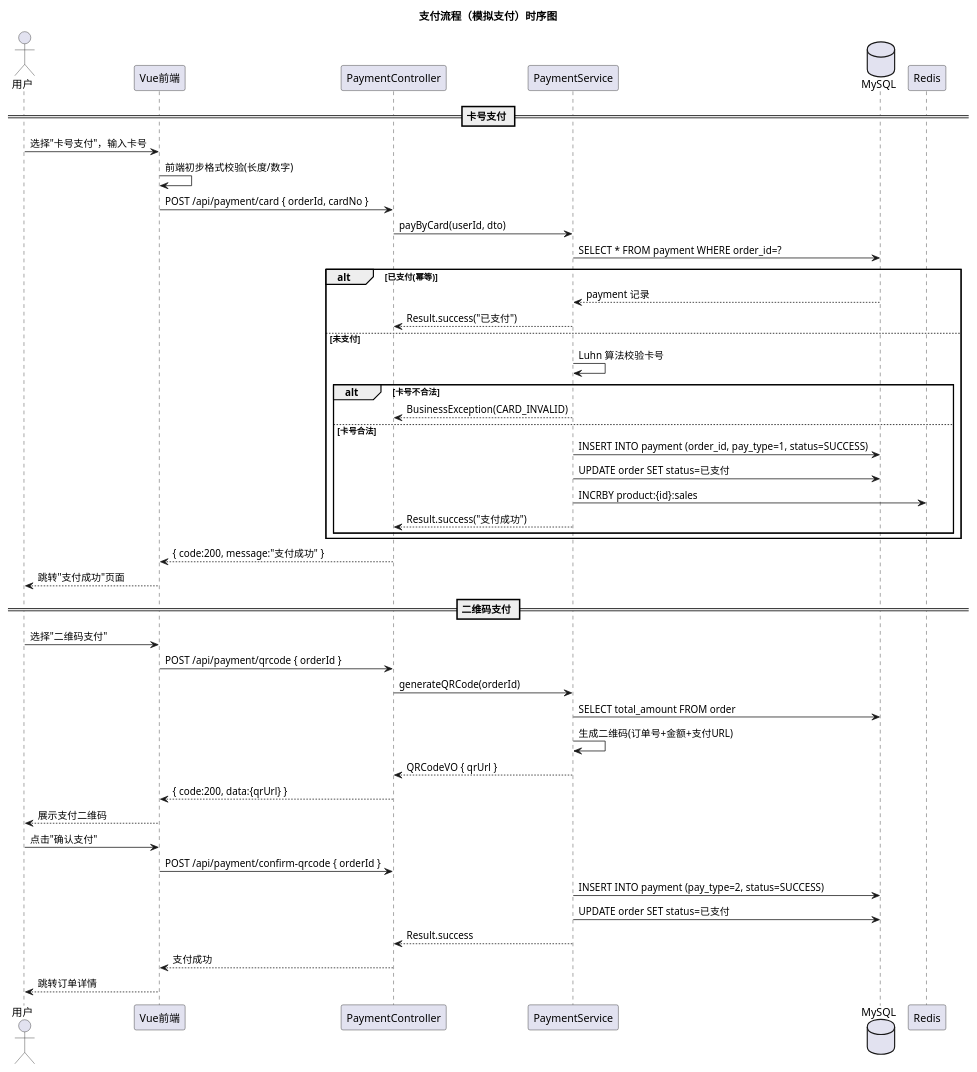
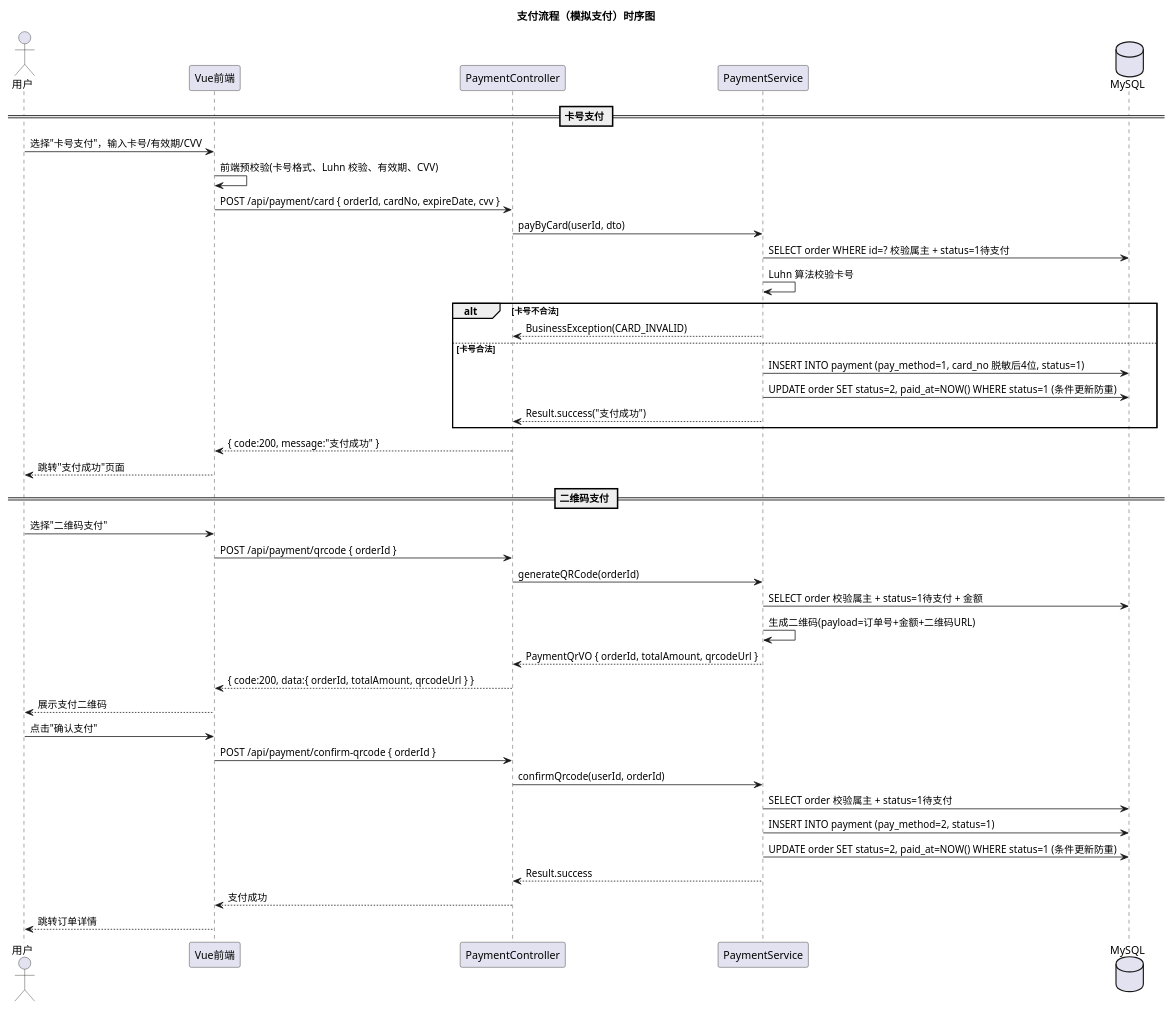
The third of 6 diagrams in uml/uml-sequence.puml (KIM406-CMD/chrono), drawn with PlantUML before and after one commit. The commit also changed other lines of this file and 21 other files, not shown here.

First line of the commit message:
docs: 同步设计文档与 UML 图

```diff
--- a/uml/uml-sequence.puml
+++ b/uml/uml-sequence.puml
@@ -145,56 +138,50 @@
 @startuml 支付流程
 
 title 支付流程（模拟支付）时序图
 
 actor 用户 as User
 participant "Vue前端" as Vue
 participant "PaymentController" as PC
 participant "PaymentService" as PS
 database "MySQL" as DB
-participant "Redis" as Redis
 
 == 卡号支付 ==
-User -> Vue : 选择"卡号支付"，输入卡号
-Vue -> Vue : 前端初步格式校验(长度/数字)
-Vue -> PC : POST /api/payment/card { orderId, cardNo }
+User -> Vue : 选择"卡号支付"，输入卡号/有效期/CVV
+Vue -> Vue : 前端预校验(卡号格式、Luhn 校验、有效期、CVV)
+Vue -> PC : POST /api/payment/card { orderId, cardNo, expireDate, cvv }
 
 PC -> PS : payByCard(userId, dto)
-PS -> DB : SELECT * FROM payment WHERE order_id=?
-alt 已支付(幂等)
-  DB --> PS : payment 记录
-  PS --> PC : Result.success("已支付")
-else 未支付
-  PS -> PS : Luhn 算法校验卡号
-  alt 卡号不合法
-    PS --> PC : BusinessException(CARD_INVALID)
-  else 卡号合法
-    PS -> DB : INSERT INTO payment (order_id, pay_type=1, status=SUCCESS)
-    PS -> DB : UPDATE order SET status=已支付
-    PS -> Redis : INCRBY product:{id}:sales
-    PS --> PC : Result.success("支付成功")
-  end
+PS -> DB : SELECT order WHERE id=? 校验属主 + status=1待支付
+PS -> PS : Luhn 算法校验卡号
+alt 卡号不合法
+  PS --> PC : BusinessException(CARD_INVALID)
+else 卡号合法
+  PS -> DB : INSERT INTO payment (pay_method=1, card_no 脱敏后4位, status=1)
+  PS -> DB : UPDATE order SET status=2, paid_at=NOW() WHERE status=1 (条件更新防重)
+  PS --> PC : Result.success("支付成功")
 end
 
 PC --> Vue : { code:200, message:"支付成功" }
 Vue --> User : 跳转"支付成功"页面
 
 == 二维码支付 ==
 User -> Vue : 选择"二维码支付"
 Vue -> PC : POST /api/payment/qrcode { orderId }
 PC -> PS : generateQRCode(orderId)
-PS -> DB : SELECT total_amount FROM order
-PS -> PS : 生成二维码(订单号+金额+支付URL)
-PS --> PC : QRCodeVO { qrUrl }
-PC --> Vue : { code:200, data:{qrUrl} }
+PS -> DB : SELECT order 校验属主 + status=1待支付 + 金额
+PS -> PS : 生成二维码(payload=订单号+金额+二维码URL)
+PS --> PC : PaymentQrVO { orderId, totalAmount, qrcodeUrl }
+PC --> Vue : { code:200, data:{ orderId, totalAmount, qrcodeUrl } }
 
 Vue --> User : 展示支付二维码
 User -> Vue : 点击"确认支付"
 Vue -> PC : POST /api/payment/confirm-qrcode { orderId }
-
-PS -> DB : INSERT INTO payment (pay_type=2, status=SUCCESS)
-PS -> DB : UPDATE order SET status=已支付
+PC -> PS : confirmQrcode(userId, orderId)
+PS -> DB : SELECT order 校验属主 + status=1待支付
+PS -> DB : INSERT INTO payment (pay_method=2, status=1)
+PS -> DB : UPDATE order SET status=2, paid_at=NOW() WHERE status=1 (条件更新防重)
 PS --> PC : Result.success
 PC --> Vue : 支付成功
 Vue --> User : 跳转订单详情
 
 @enduml
```
